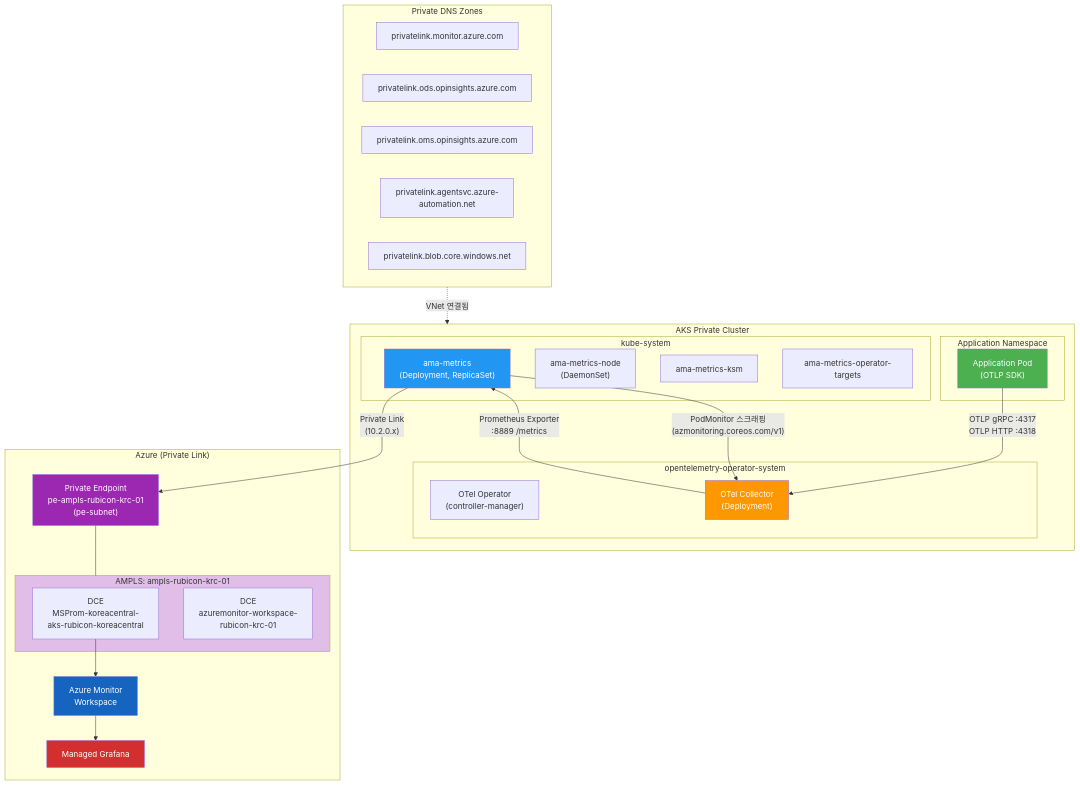
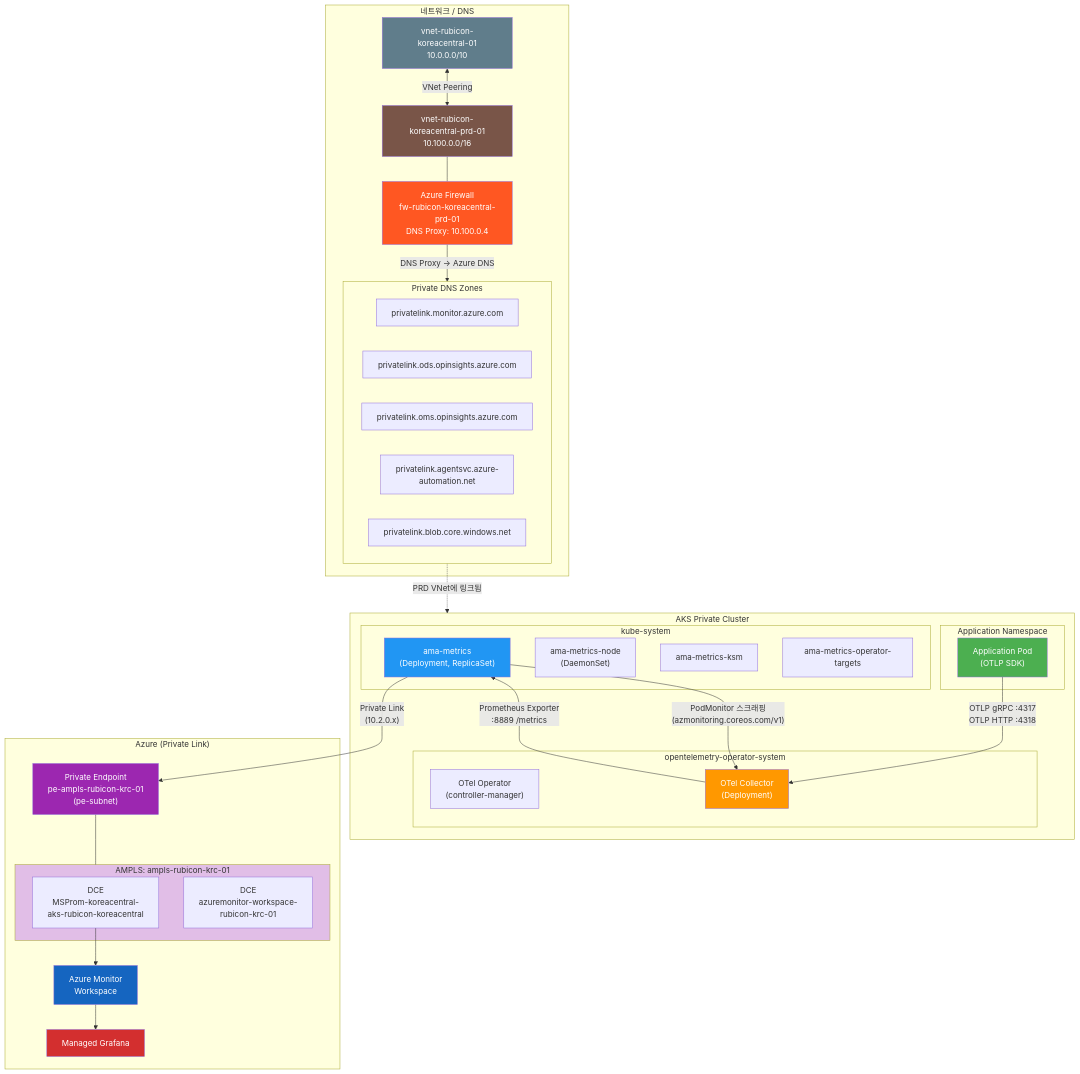
One commit to hellices/devguidesample changed the first of 7 diagrams in monitor/otel-monitor-setup.md. Above: the diagram before and after it, drawn with Mermaid. The commit also changed other lines of this file, not shown here.

Commit message:
Update OpenTelemetry setup documentation with PRD VNet and Firewall DNS Proxy details

````diff
--- a/monitor/otel-monitor-setup.md
+++ b/monitor/otel-monitor-setup.md
@@ -25,56 +29,68 @@
 ```mermaid
 flowchart TB
     subgraph AKS["AKS Private Cluster"]
         subgraph APP_NS["Application Namespace"]
             APP["Application Pod<br/>(OTLP SDK)"]
         end
 
         subgraph OTEL_NS["opentelemetry-operator-system"]
             OPERATOR["OTel Operator<br/>(controller-manager)"]
             COLLECTOR["OTel Collector<br/>(Deployment)"]
         end
 
         subgraph KUBE_SYS["kube-system"]
             AMA_DEPLOY["ama-metrics<br/>(Deployment, ReplicaSet)"]
             AMA_DS["ama-metrics-node<br/>(DaemonSet)"]
             AMA_KSM["ama-metrics-ksm"]
             AMA_OT["ama-metrics-operator-targets"]
         end
 
         APP -->|"OTLP gRPC :4317<br/>OTLP HTTP :4318"| COLLECTOR
         COLLECTOR -->|"Prometheus Exporter<br/>:8889 /metrics"| AMA_DEPLOY
         AMA_DEPLOY -->|"PodMonitor 스크래핑<br/>(azmonitoring.coreos.com/v1)"| COLLECTOR
     end
 
     subgraph AZURE["Azure (Private Link)"]
         subgraph AMPLS_SCOPE["AMPLS: ampls-rubicon-krc-01"]
             DCE["DCE<br/>MSProm-koreacentral-<br/>aks-rubicon-koreacentral"]
             DCE2["DCE<br/>azuremonitor-workspace-<br/>rubicon-krc-01"]
         end
         PE["Private Endpoint<br/>pe-ampls-rubicon-krc-01<br/>(pe-subnet)"]
         AMW["Azure Monitor<br/>Workspace"]
         GRAFANA["Managed Grafana"]
     end
 
     subgraph DNS["Private DNS Zones"]
         DNS1["privatelink.monitor.azure.com"]
         DNS2["privatelink.ods.opinsights.azure.com"]
         DNS3["privatelink.oms.opinsights.azure.com"]
         DNS4["privatelink.agentsvc.azure-automation.net"]
         DNS5["privatelink.blob.core.windows.net"]
     end
 
     AMA_DEPLOY -->|"Private Link<br/>(10.2.0.x)"| PE
     PE --- AMPLS_SCOPE
     DCE --> AMW
     AMW --> GRAFANA
-    DNS -.->|"VNet 연결됨"| AKS
+    DNS -.->|"PRD VNet에 링크됨"| AKS
 
+    subgraph NET["네트워크 / DNS"]
+        EXISTING_VNET["vnet-rubicon-koreacentral-01<br/>10.0.0.0/10"]
+        PRD_VNET["vnet-rubicon-koreacentral-prd-01<br/>10.100.0.0/16"]
+        FIREWALL["Azure Firewall<br/>fw-rubicon-koreacentral-prd-01<br/>DNS Proxy: 10.100.0.4"]
+        EXISTING_VNET <-->|"VNet Peering"| PRD_VNET
+        PRD_VNET --- FIREWALL
+        FIREWALL -->|"DNS Proxy → Azure DNS"| DNS
+    end
+
+    style FIREWALL fill:#FF5722,color:#fff
+    style EXISTING_VNET fill:#607D8B,color:#fff
+    style PRD_VNET fill:#795548,color:#fff
     style APP fill:#4CAF50,color:#fff
     style COLLECTOR fill:#FF9800,color:#fff
     style AMA_DEPLOY fill:#2196F3,color:#fff
     style PE fill:#9C27B0,color:#fff
     style AMPLS_SCOPE fill:#E1BEE7
     style AMW fill:#1565C0,color:#fff
     style GRAFANA fill:#D32F2F,color:#fff
 ```
````
